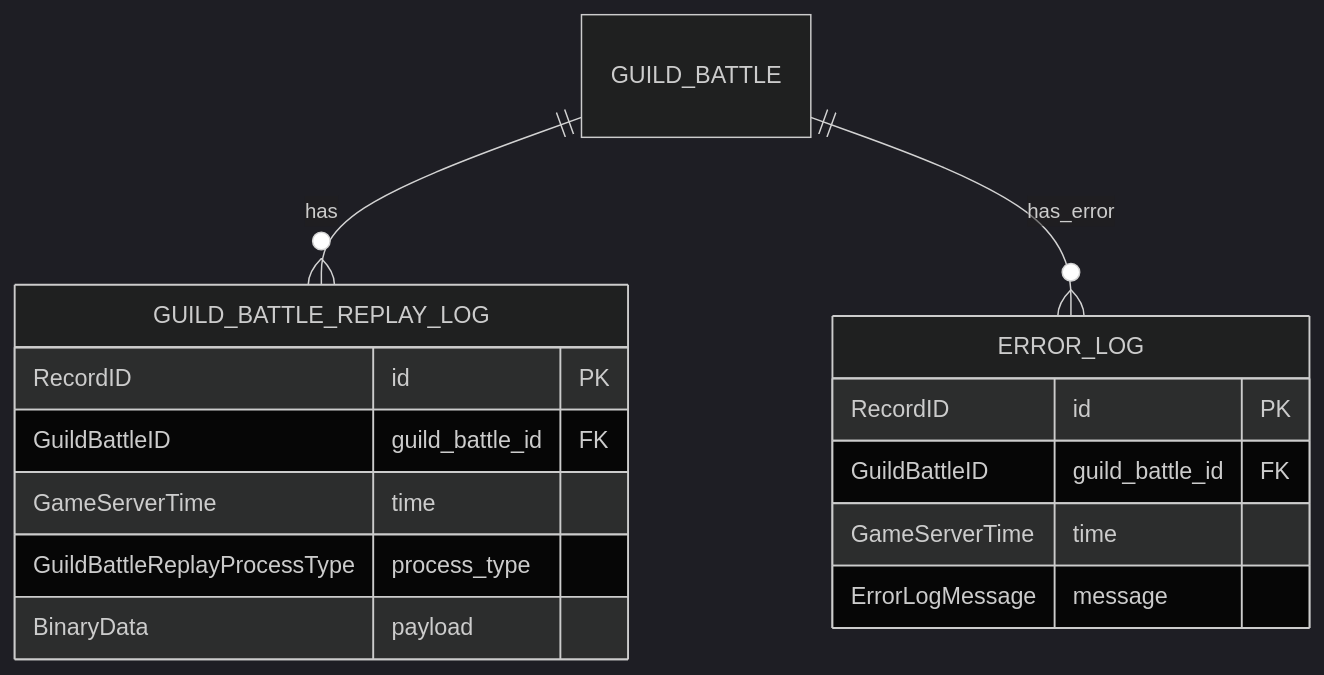
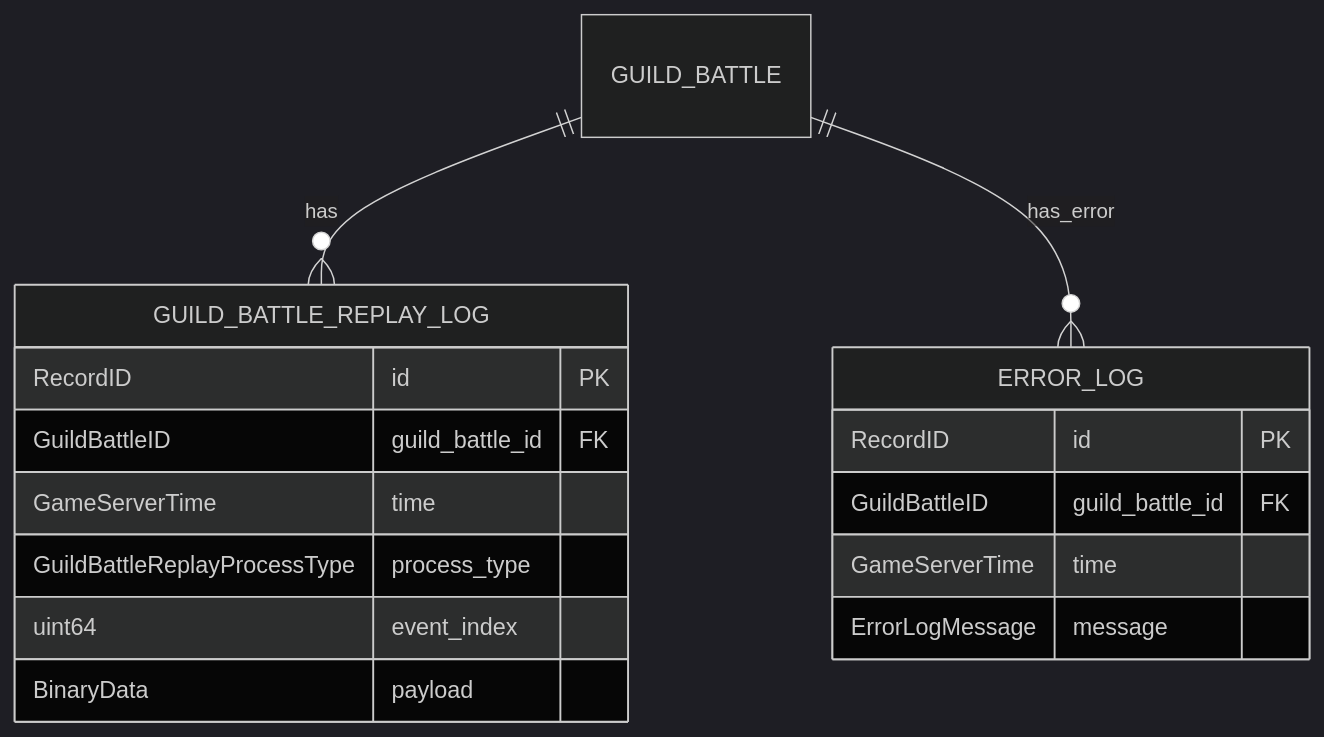
Before and after one commit to ReHydrangeaOdyssey/Specifications: the eighth of 8 diagrams in design/server/data_base.md, drawn with Mermaid (dark theme). The commit also changed other lines of this file and 21 other files, not shown here.

````diff
--- a/design/server/data_base.md
+++ b/design/server/data_base.md
@@ -582,20 +582,21 @@
 ```mermaid
 erDiagram
     GUILD_BATTLE_REPLAY_LOG {
         RecordID id PK
         GuildBattleID guild_battle_id FK
         GameServerTime time
         GuildBattleReplayProcessType process_type
+        uint64 event_index
         BinaryData payload
     }
 
     ERROR_LOG {
         RecordID id PK
         GuildBattleID guild_battle_id FK
         GameServerTime time
         ErrorLogMessage message
     }
 
     GUILD_BATTLE ||--o{ GUILD_BATTLE_REPLAY_LOG : has
     GUILD_BATTLE ||--o{ ERROR_LOG : has_error
 ```
````
